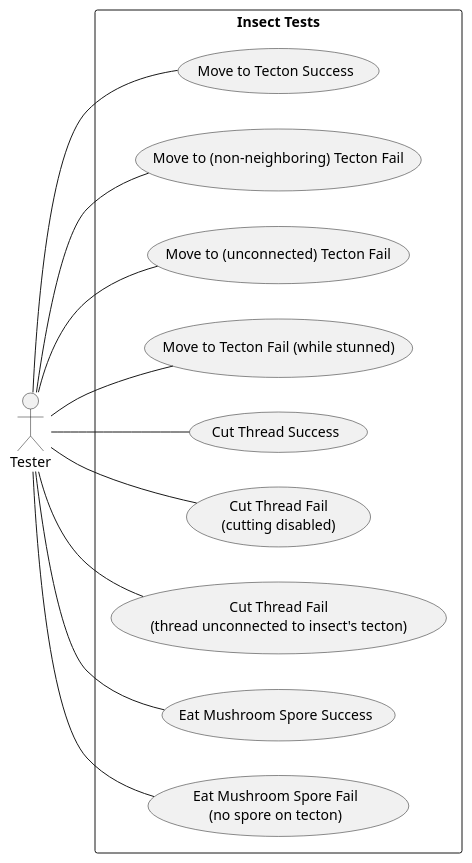
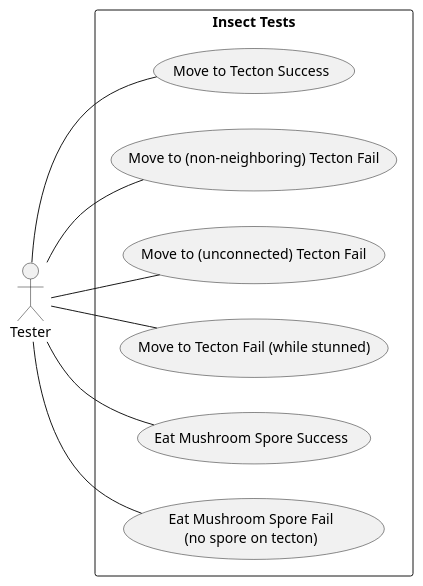
One commit to dzsem/projlab changed the diagram in diagrams/testcase/insect.plantuml. Above: the diagram before and after it, drawn with PlantUML.

Commit message:
Remove redundant test UC-s

```diff
--- a/diagrams/testcase/insect.plantuml
+++ b/diagrams/testcase/insect.plantuml
@@ -1,30 +1,23 @@
 @startuml insectTestCases
 left to right direction
 
 actor "Tester" as t
 
 rectangle "Insect Tests" {
     usecase "Move to Tecton Success" as test1
 	usecase "Move to (non-neighboring) Tecton Fail" as test2
 	usecase "Move to (unconnected) Tecton Fail" as test3
 	usecase "Move to Tecton Fail (while stunned)" as test4
 
-	usecase "Cut Thread Success" as test5
-	usecase "Cut Thread Fail\n(cutting disabled)" as test6
-	usecase "Cut Thread Fail\n(thread unconnected to insect's tecton)" as test7
-
-	usecase "Eat Mushroom Spore Success" as test8
-	usecase "Eat Mushroom Spore Fail\n(no spore on tecton)" as test9
+	usecase "Eat Mushroom Spore Success" as test5
+	usecase "Eat Mushroom Spore Fail\n(no spore on tecton)" as test6
 }
 
 t -- test1
 t -- test2
 t -- test3
 t -- test4
 t -- test5
 t -- test6
-t -- test7
-t -- test8
-t -- test9
 
 @enduml
```
